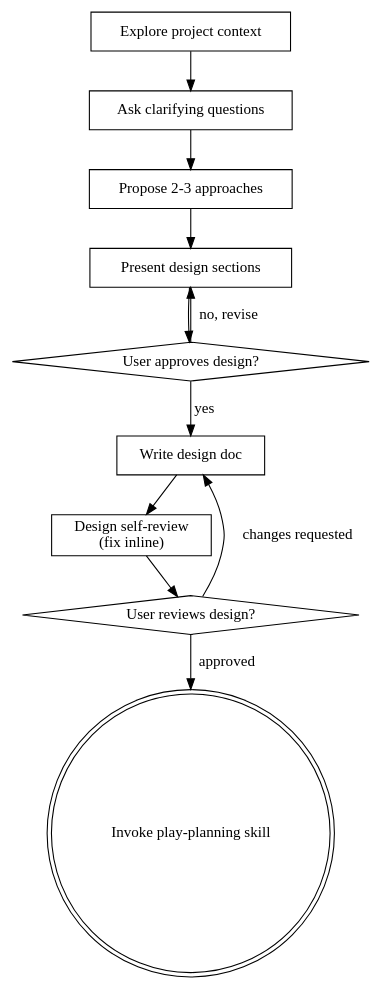
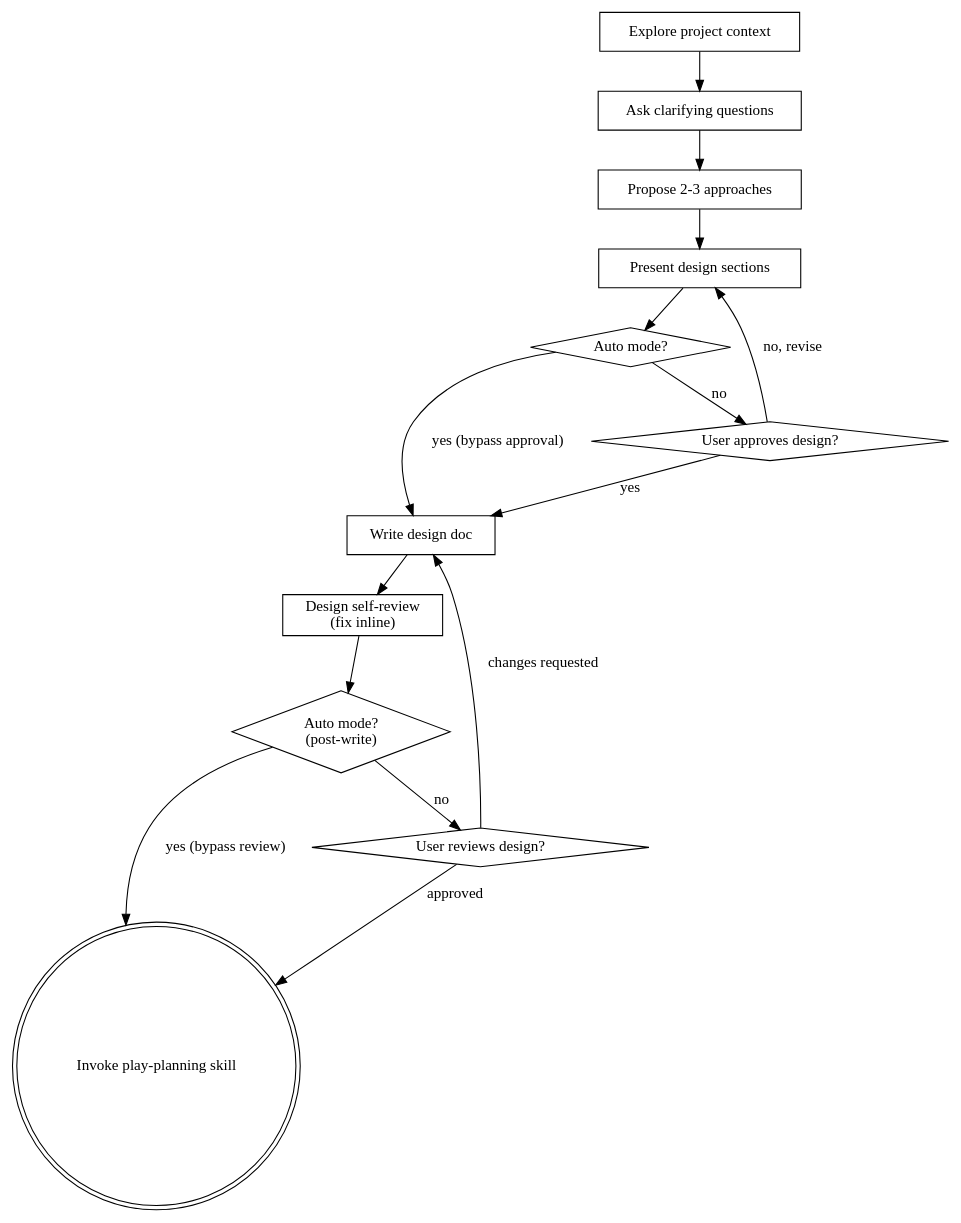
One commit to ryumiel/devcanon changed the diagram in skills/play-brainstorm/SKILL.md. Above: the diagram before and after it, drawn with Graphviz. The commit also changed other lines of this file, not shown here.

Commit message:
docs(skills): harmonize play-brainstorm sections with --auto override
The HARD-GATE update in the previous commit added the first --auto
reference to this file, but four other sections still described a
strictly interactive flow. A subagent landing on those sections rather
than the HARD-GATE would block on user approval that --auto callers
have intentionally bypassed.

Bring the rest of the file in line with the HARD-GATE:

- Anti-Pattern: qualify "MUST present it and get approval" so the
  approval requirement is interactive-only; "design step is never
  skipped" continues to apply in --auto.
- Checklist: add a short --auto carve-out paragraph after the numbered
  list, so steps 2/4/7 stay concise but their --auto behavior is named.
- Process Flow digraph: add two "Auto mode?" diamonds that route around
  the user-approval and user-review diamonds when --auto is in effect.
- User Review Gate: add a one-paragraph carve-out describing the
  --auto behavior (no prompt, no wait, design step still runs).

Scope was expanded by agreement on issue #112 after the initial PR
surfaced the contradiction during branch review and Copilot review.

Closes #112

````diff
--- a/skills/play-brainstorm/SKILL.md
+++ b/skills/play-brainstorm/SKILL.md
@@ -35,24 +37,30 @@
 ```dot
 digraph brainstorming {
     "Explore project context" [shape=box];
     "Ask clarifying questions" [shape=box];
     "Propose 2-3 approaches" [shape=box];
     "Present design sections" [shape=box];
+    "Auto mode?" [shape=diamond];
     "User approves design?" [shape=diamond];
     "Write design doc" [shape=box];
     "Design self-review\n(fix inline)" [shape=box];
+    "Auto mode?\n(post-write)" [shape=diamond];
     "User reviews design?" [shape=diamond];
     "Invoke play-planning skill" [shape=doublecircle];
 
     "Explore project context" -> "Ask clarifying questions";
     "Ask clarifying questions" -> "Propose 2-3 approaches";
     "Propose 2-3 approaches" -> "Present design sections";
-    "Present design sections" -> "User approves design?";
+    "Present design sections" -> "Auto mode?";
+    "Auto mode?" -> "Write design doc" [label="yes (bypass approval)"];
+    "Auto mode?" -> "User approves design?" [label="no"];
     "User approves design?" -> "Present design sections" [label="no, revise"];
     "User approves design?" -> "Write design doc" [label="yes"];
     "Write design doc" -> "Design self-review\n(fix inline)";
-    "Design self-review\n(fix inline)" -> "User reviews design?";
+    "Design self-review\n(fix inline)" -> "Auto mode?\n(post-write)";
+    "Auto mode?\n(post-write)" -> "Invoke play-planning skill" [label="yes (bypass review)"];
+    "Auto mode?\n(post-write)" -> "User reviews design?" [label="no"];
     "User reviews design?" -> "Write design doc" [label="changes requested"];
     "User reviews design?" -> "Invoke play-planning skill" [label="approved"];
 }
 ```
````
